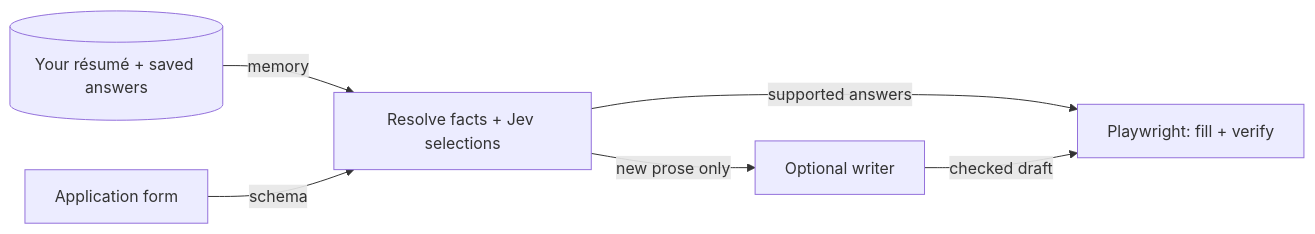
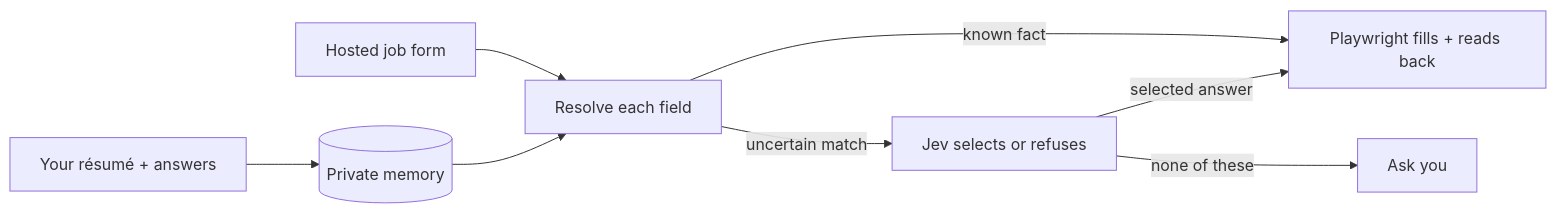
Before and after one commit to TheAdaply/jev-apply: the first of 2 diagrams in README.md, drawn with Mermaid. The commit also changed other lines of this file and 6 other files, not shown here.

````diff
--- a/README.md
+++ b/README.md
@@ -9,8 +11,10 @@
 ```mermaid
 flowchart LR
-    memory[("Your résumé + saved answers")] -->|memory| plan["Resolve facts + Jev selections"]
-    form["Application form"] -->|schema| plan
-    plan -->|new prose only| writer["Optional writer"]
-    plan -->|supported answers| browser["Playwright: fill + verify"]
-    writer -->|checked draft| browser
+    you["Your résumé + answers"] --> memory[(Private memory)]
+    form["Hosted job form"] --> plan["Resolve each field"]
+    memory --> plan
+    plan -->|known fact| browser["Playwright fills + reads back"]
+    plan -->|uncertain match| jev["Jev selects or refuses"]
+    jev -->|selected answer| browser
+    jev -->|none of these| ask["Ask you"]
 ```
````
